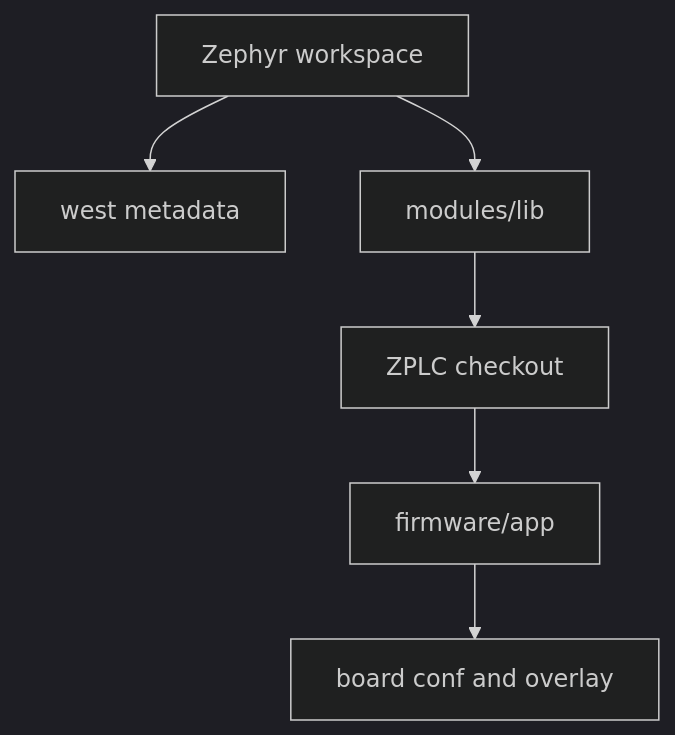
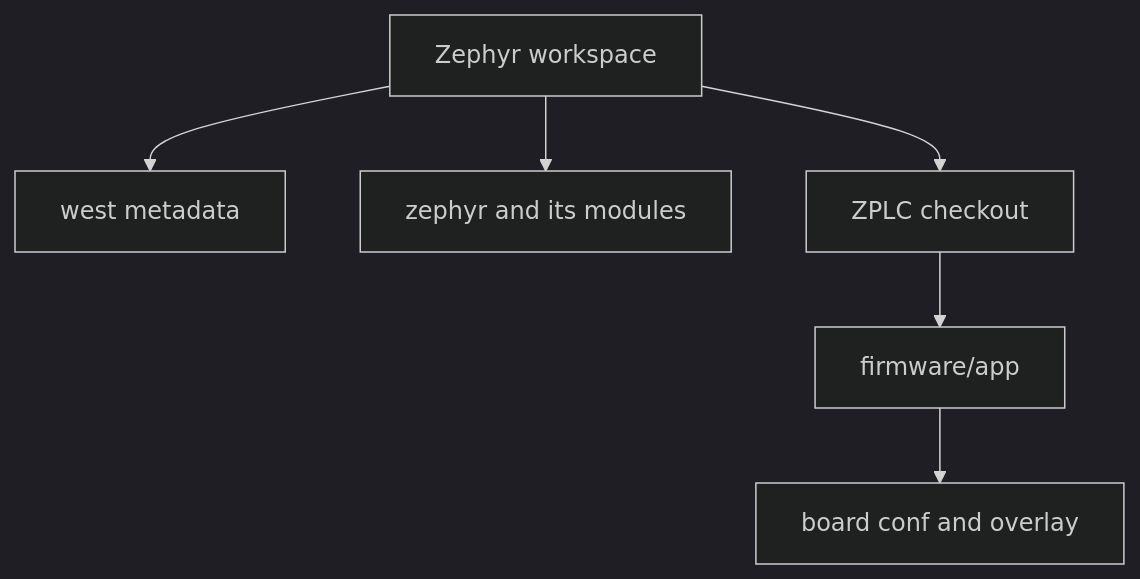
Before and after one commit to eduardojvieira/ZPLC: the diagram in docs/docs/reference/zephyr-workspace-setup.md, drawn with Mermaid (dark theme). The commit also changed other lines of this file and 29 other files, not shown here.

````diff
--- a/docs/docs/reference/zephyr-workspace-setup.md
+++ b/docs/docs/reference/zephyr-workspace-setup.md
@@ -31,9 +37,9 @@
 ```mermaid
 flowchart TD
   ROOT[Zephyr workspace]
   ROOT --> WEST[west metadata]
-  ROOT --> MODULES[modules/lib]
-  MODULES --> ZPLC[ZPLC checkout]
+  ROOT --> ZEPHYR[zephyr and its modules]
+  ROOT --> ZPLC[ZPLC checkout]
   ZPLC --> APP[firmware/app]
   APP --> BOARDS[board conf and overlay]
 ```
````
